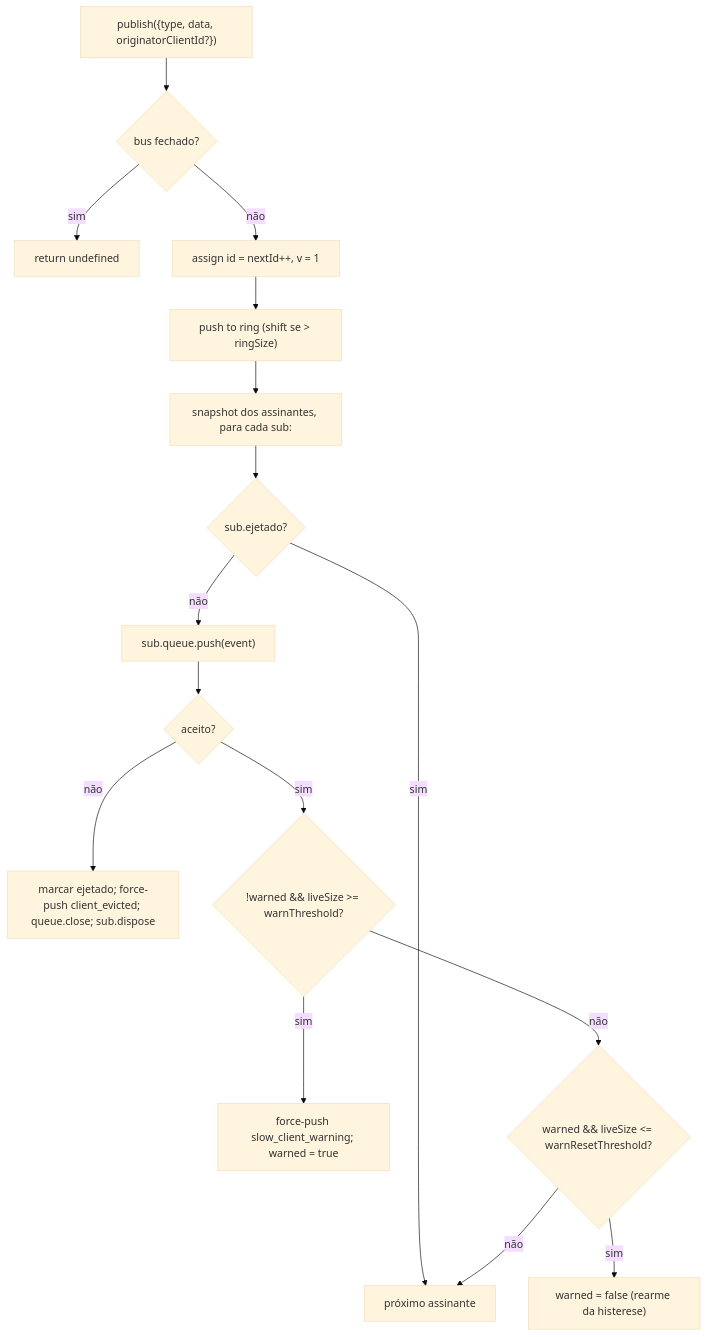
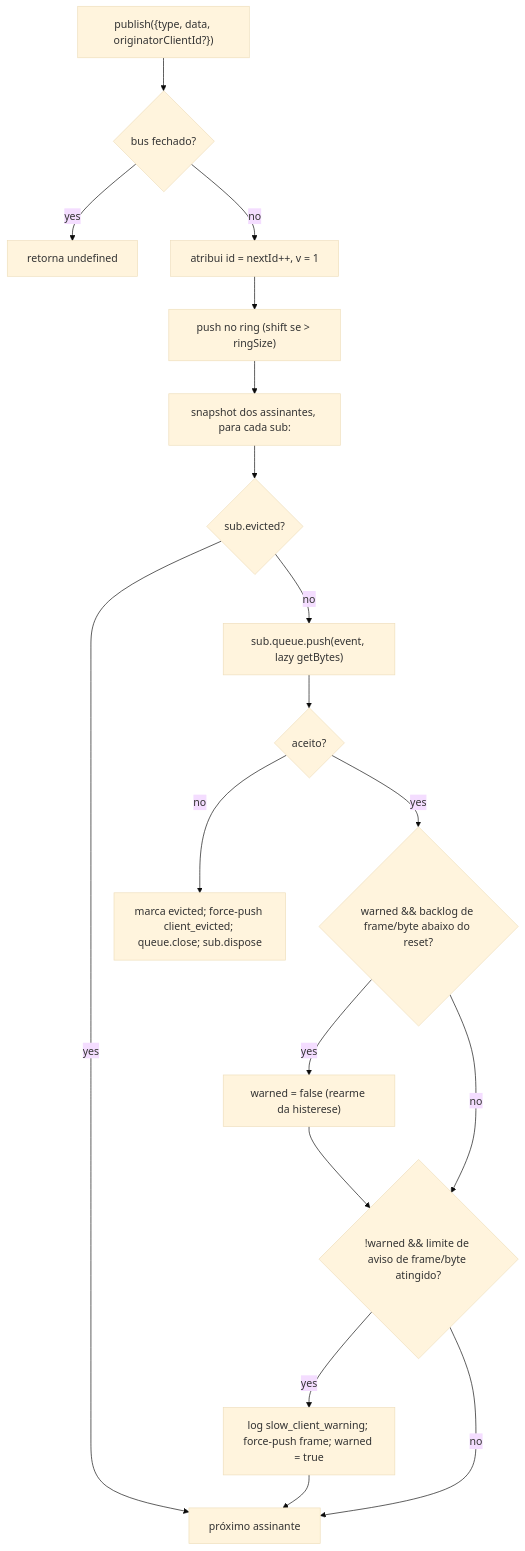
Before and after one commit to QwenLM/qwen-code-docs: the first of 2 diagrams in website/content/pt-BR/developers/daemon/10-event-bus.md, drawn with Mermaid (base theme). The commit also changed other lines of this file and 128 other files, not shown here.

````diff
--- a/website/content/pt-BR/developers/daemon/10-event-bus.md
+++ b/website/content/pt-BR/developers/daemon/10-event-bus.md
@@ -70,18 +74,20 @@
 ```mermaid
 flowchart TD
     P["publish({type, data, originatorClientId?})"] --> C{"bus fechado?"}
-    C -->|sim| RU["return undefined"]
-    C -->|não| AID["assign id = nextId++, v = 1"]
-    AID --> PR["push to ring (shift se > ringSize)"]
+    C -->|yes| RU["retorna undefined"]
+    C -->|no| AID["atribui id = nextId++, v = 1"]
+    AID --> PR["push no ring (shift se > ringSize)"]
     PR --> FAN["snapshot dos assinantes, para cada sub:"]
-    FAN --> EVCK{"sub.ejetado?"}
-    EVCK -->|sim| NEXT[próximo assinante]
-    EVCK -->|não| PUSH["sub.queue.push(event)"]
+    FAN --> EVCK{"sub.evicted?"}
+    EVCK -->|yes| NEXT[próximo assinante]
+    EVCK -->|no| PUSH["sub.queue.push(event, lazy getBytes)"]
     PUSH --> OK{"aceito?"}
-    OK -->|não| EVICT["marcar ejetado; force-push client_evicted; queue.close; sub.dispose"]
-    OK -->|sim| WARN{"!warned && liveSize >= warnThreshold?"}
-    WARN -->|sim| FW["force-push slow_client_warning; warned = true"]
-    WARN -->|não| RES{"warned && liveSize <= warnResetThreshold?"}
-    RES -->|sim| RA["warned = false (rearme da histerese)"]
-    RES -->|não| NEXT
+    OK -->|no| EVICT["marca evicted; force-push client_evicted; queue.close; sub.dispose"]
+    OK -->|yes| RES{"warned && backlog de frame/byte abaixo do reset?"}
+    RES -->|yes| RA["warned = false (rearme da histerese)"]
+    RES -->|no| WARN{"!warned && limite de aviso de frame/byte atingido?"}
+    RA --> WARN
+    WARN -->|yes| FW["log slow_client_warning; force-push frame; warned = true"]
+    WARN -->|no| NEXT
+    FW --> NEXT
 ```
````
